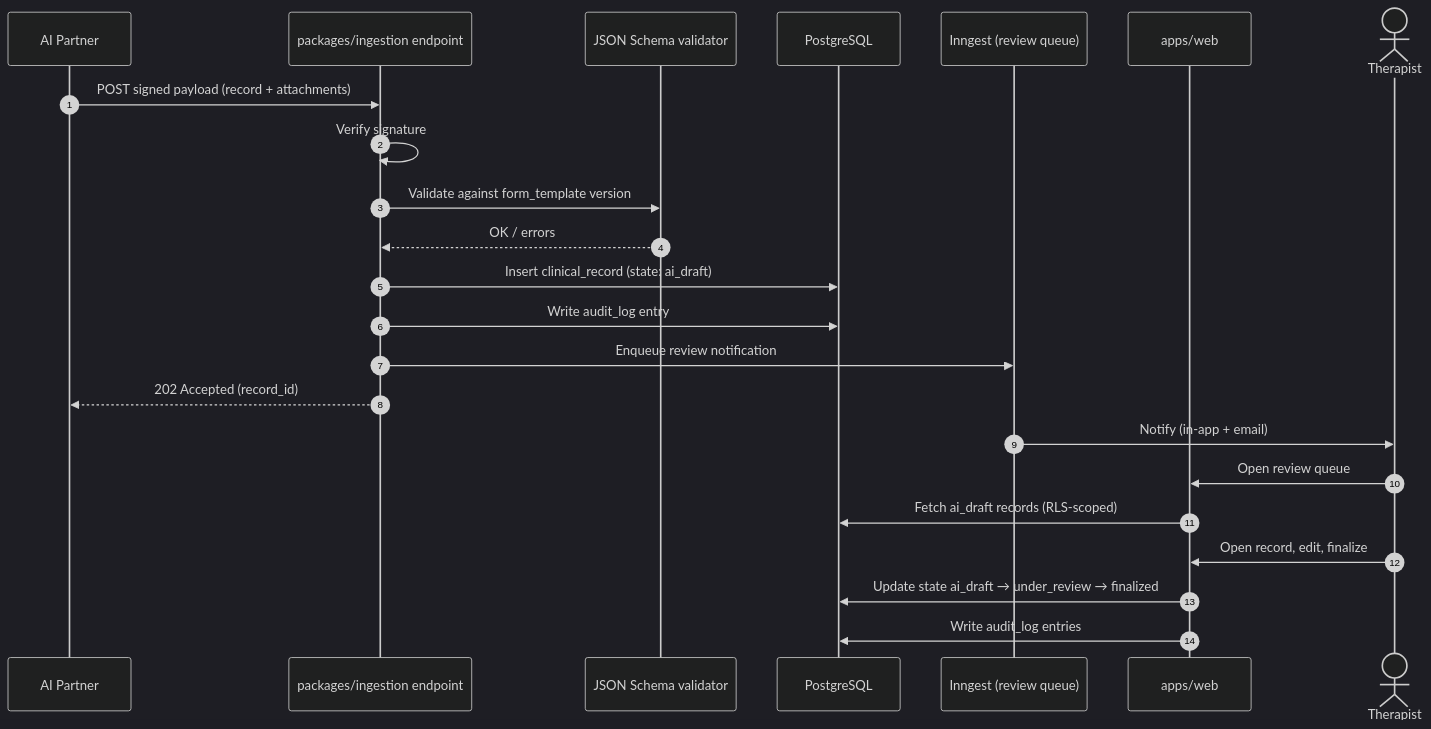
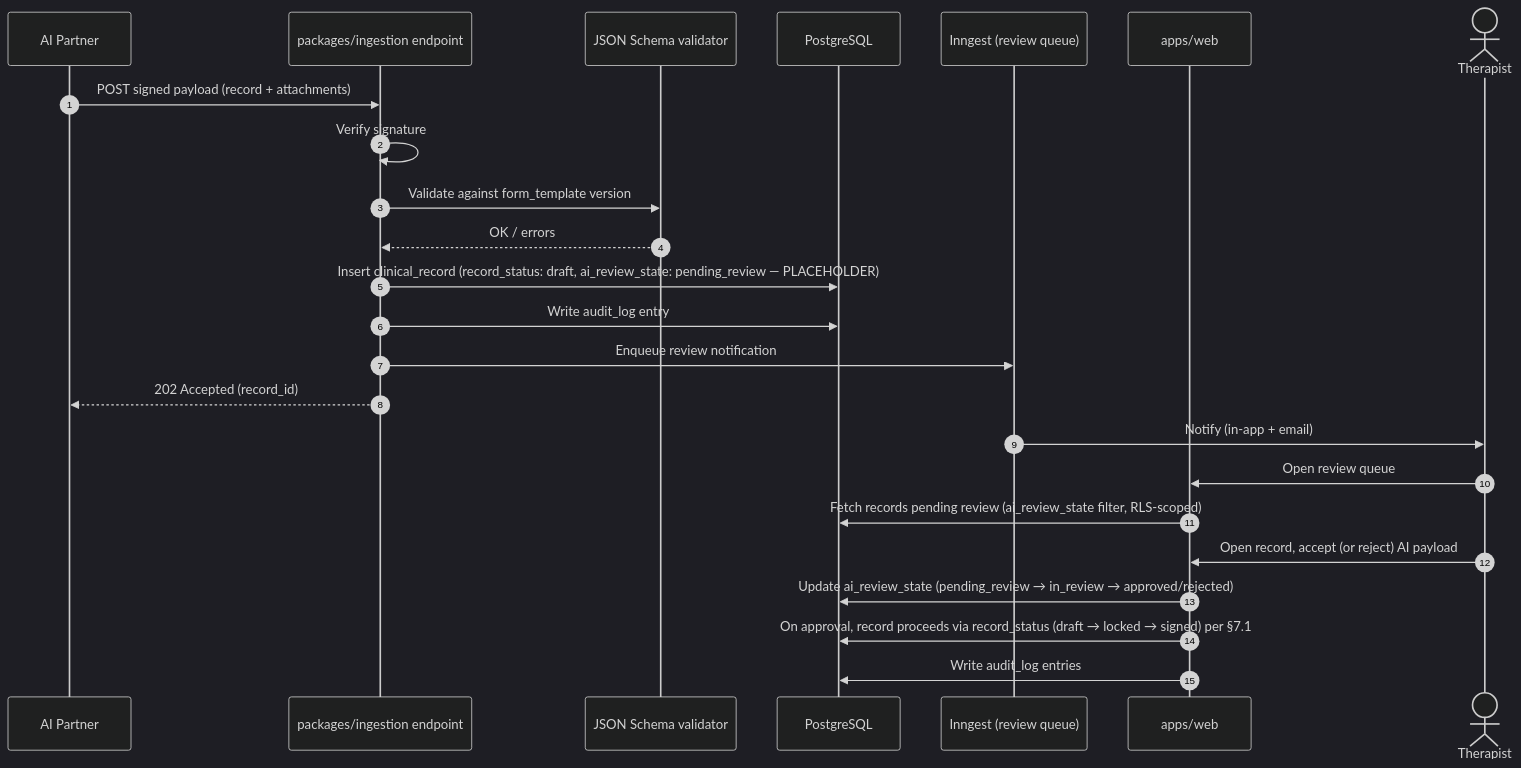
One commit to happygamer1919-tech/OsteoJP changed the fourth of 5 diagrams in docs/architecture.md. Above: the diagram before and after it, drawn with Mermaid (dark theme). The commit also changed other lines of this file and 1 other file, not shown here.

Commit message:
docs: align CLAUDE.md + architecture.md with schema (state machine, Next 16)

````diff
--- a/docs/architecture.md
+++ b/docs/architecture.md
@@ -220,26 +250,27 @@
 ```mermaid
 sequenceDiagram
     autonumber
     participant Partner as AI Partner
     participant Ingest as packages/ingestion endpoint
     participant Validate as JSON Schema validator
     participant DB as PostgreSQL
     participant Queue as Inngest (review queue)
     participant Web as apps/web
     actor Therapist
 
     Partner->>Ingest: POST signed payload (record + attachments)
     Ingest->>Ingest: Verify signature
     Ingest->>Validate: Validate against form_template version
     Validate-->>Ingest: OK / errors
-    Ingest->>DB: Insert clinical_record (state: ai_draft)
+    Ingest->>DB: Insert clinical_record (record_status: draft, ai_review_state: pending_review — PLACEHOLDER)
     Ingest->>DB: Write audit_log entry
     Ingest->>Queue: Enqueue review notification
     Ingest-->>Partner: 202 Accepted (record_id)
     Queue->>Therapist: Notify (in-app + email)
     Therapist->>Web: Open review queue
-    Web->>DB: Fetch ai_draft records (RLS-scoped)
-    Therapist->>Web: Open record, edit, finalize
-    Web->>DB: Update state ai_draft → under_review → finalized
+    Web->>DB: Fetch records pending review (ai_review_state filter, RLS-scoped)
+    Therapist->>Web: Open record, accept (or reject) AI payload
+    Web->>DB: Update ai_review_state (pending_review → in_review → approved/rejected)
+    Web->>DB: On approval, record proceeds via record_status (draft → locked → signed) per §7.1
     Web->>DB: Write audit_log entries
 ```
````
